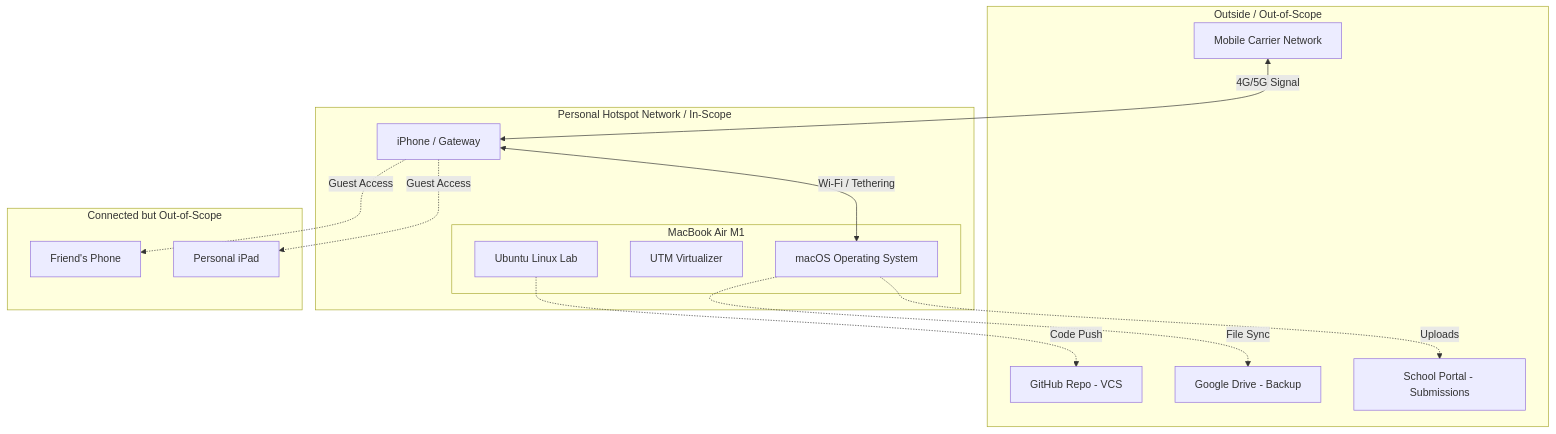
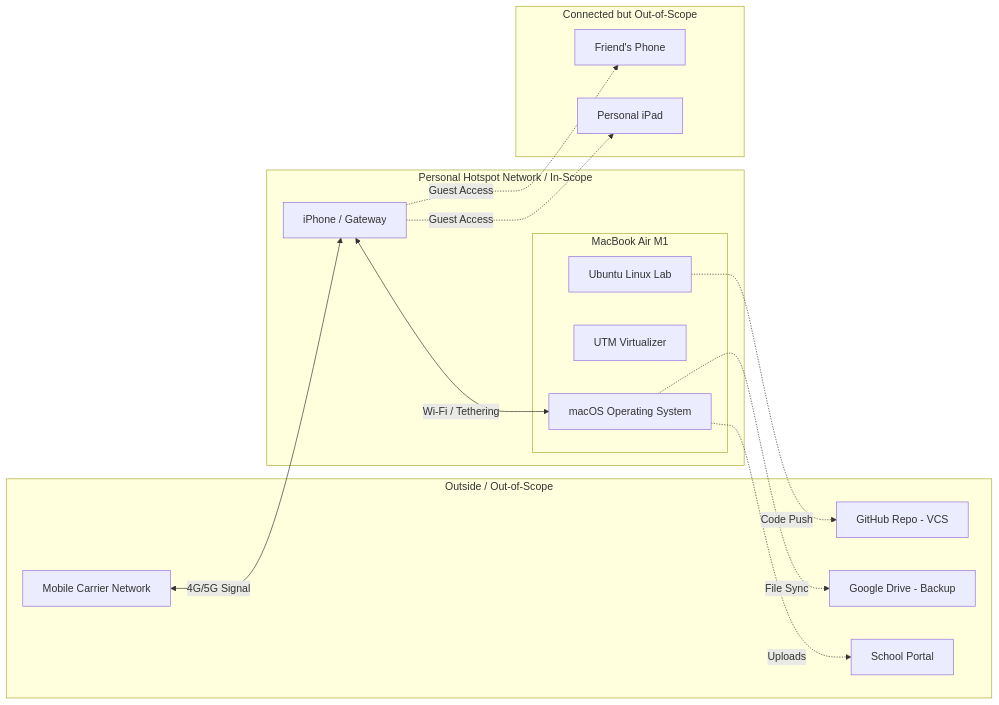
The diagram in h1.md (Ghost-137/Application-Hacking-and-Vulnerabilities---Class-Exercise-1), drawn with Mermaid before and after one commit. The commit also changed other lines of this file, not shown here.

````diff
--- a/h1.md
+++ b/h1.md
@@ -54,36 +56,37 @@
 ```mermaid
-graph TD
+graph LR
+    %% Switched to Left-to-Right (LR) to look distinct from standard vertical diagrams
     subgraph Internet_Outside [Outside / Out-of-Scope]
         ISP[Mobile Carrier Network]
         GitHub[GitHub Repo - VCS]
         Drive[Google Drive - Backup]
-        School[School Portal - Submissions]
+        School[School Portal]
     end
 
     subgraph Mobile_Lab [Personal Hotspot Network / In-Scope]
         Hotspot[iPhone / Gateway]
         
         subgraph Host_Machine [MacBook Air M1]
             MacOS[macOS Operating System]
             UTM[UTM Virtualizer]
             VM[Ubuntu Linux Lab]
         end
         
     end
 
     subgraph Excluded_Devices [Connected but Out-of-Scope]
         Friend[Friend's Phone]
         iPad[Personal iPad]
     end
 
     %% Logical Connections
     ISP <-->|4G/5G Signal| Hotspot
     Hotspot <-->|Wi-Fi / Tethering| MacOS
     Hotspot -.->|Guest Access| Friend
     Hotspot -.->|Guest Access| iPad
     
     %% Data Flow
     VM -.->|Code Push| GitHub
     MacOS -.->|File Sync| Drive
     MacOS -.->|Uploads| School
 ```
````
